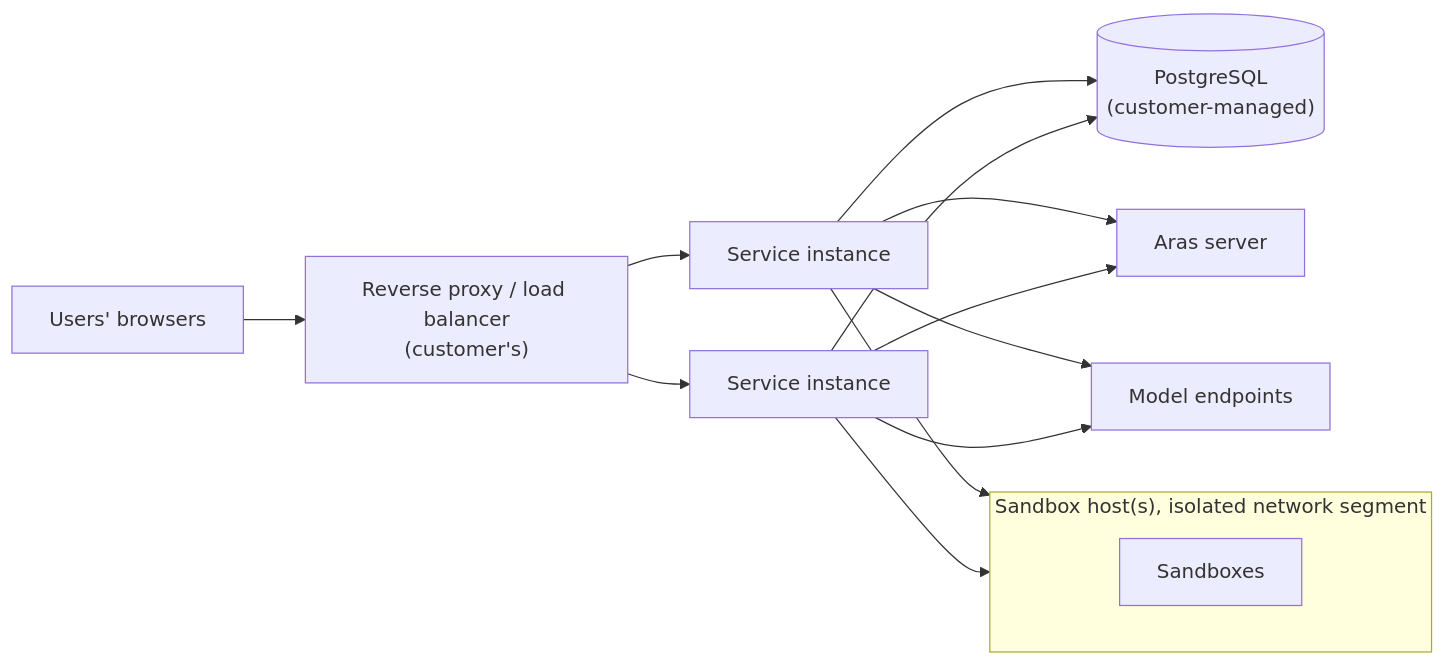
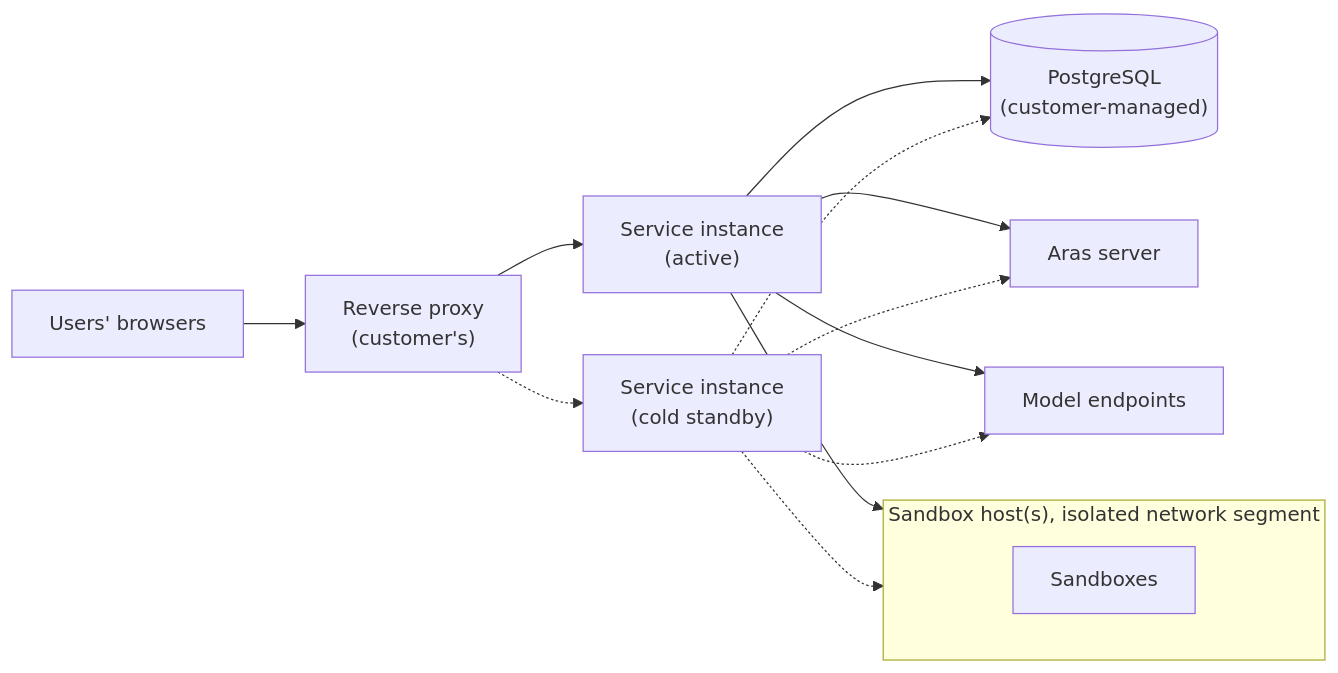
One commit to omkarbhale/aras-insight changed the second of 2 diagrams in docs/architecture/deployment-and-operations.md. Above: the diagram before and after it, drawn with Mermaid. The commit also changed other lines of this file and 99 other files, not shown here.

````diff
--- a/docs/architecture/deployment-and-operations.md
+++ b/docs/architecture/deployment-and-operations.md
@@ -42,17 +52,17 @@
 ```mermaid
 flowchart LR
-    users["Users' browsers"] --> lb["Reverse proxy / load balancer<br/>(customer's)"]
-    lb --> svc1["Service instance"]
-    lb --> svc2["Service instance"]
+    users["Users' browsers"] --> lb["Reverse proxy<br/>(customer's)"]
+    lb --> svc1["Service instance<br/>(active)"]
+    lb -.-> svc2["Service instance<br/>(cold standby)"]
     subgraph sbxhost["Sandbox host(s), isolated network segment"]
         sbx["Sandboxes"]
     end
     svc1 --> sbxhost
-    svc2 --> sbxhost
+    svc2 -.-> sbxhost
     svc1 --> pg[("PostgreSQL<br/>(customer-managed)")]
-    svc2 --> pg
+    svc2 -.-> pg
     svc1 --> aras["Aras server"]
-    svc2 --> aras
+    svc2 -.-> aras
     svc1 --> models["Model endpoints"]
-    svc2 --> models
+    svc2 -.-> models
 ```
````
